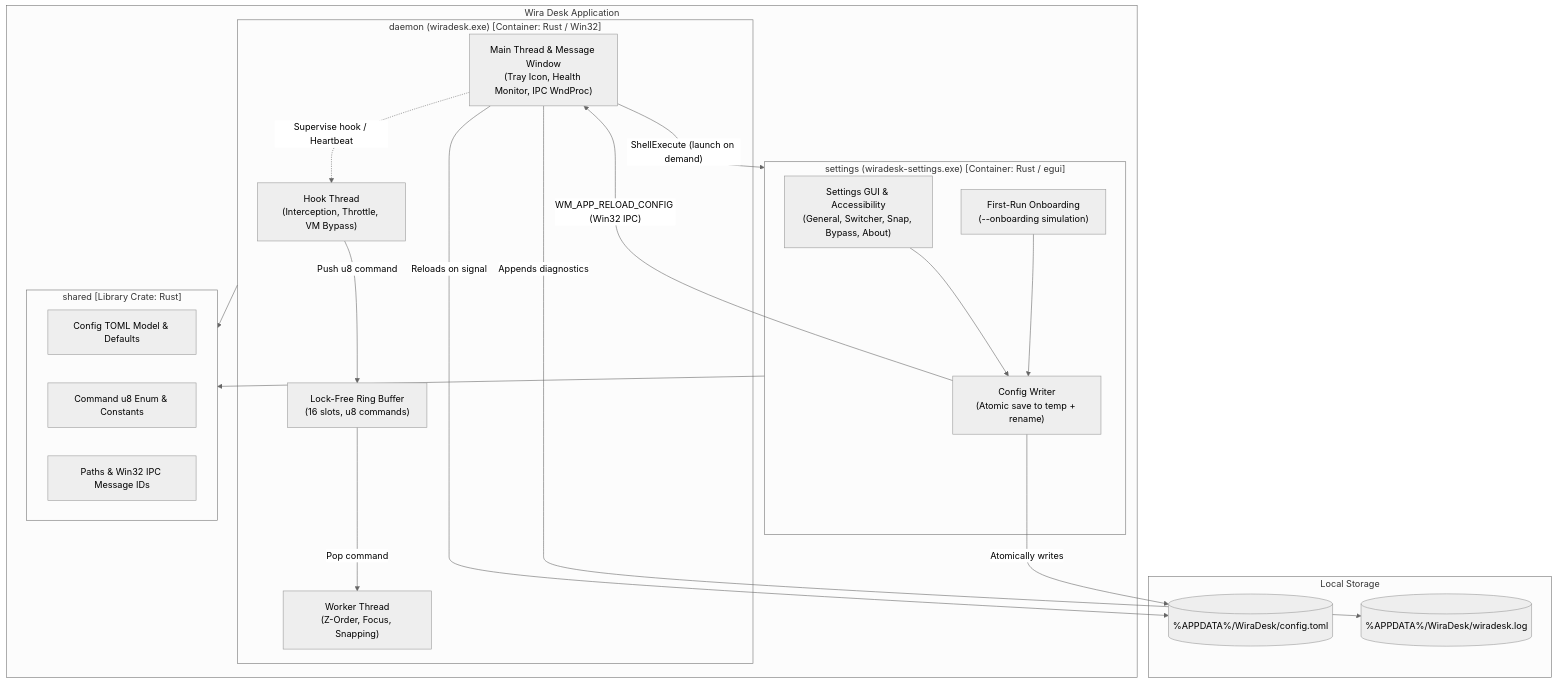
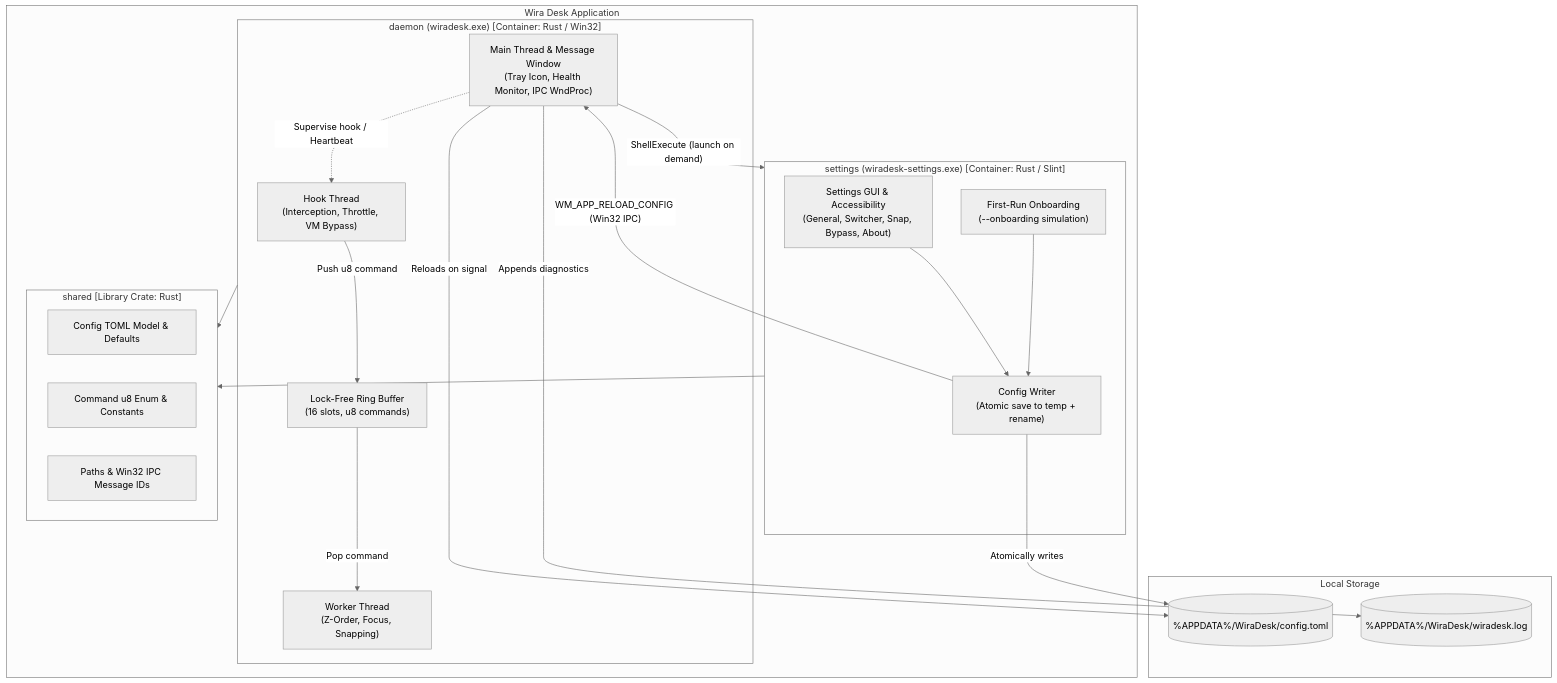
The diagram in .how/_platform/c4-l2-containers.md (wiradigitalid/wira-desk), drawn with Mermaid (neutral theme) before and after one commit. The commit also changed other lines of this file and 31 other files, not shown here.

````diff
--- a/.how/_platform/c4-l2-containers.md
+++ b/.how/_platform/c4-l2-containers.md
@@ -9,44 +9,44 @@
 ```mermaid
 graph TB
     subgraph WiraDeskApp["Wira Desk Application"]
         subgraph DaemonContainer["daemon (wiradesk.exe) [Container: Rust / Win32]"]
             HookThread["Hook Thread<br/>(Interception, Throttle, VM Bypass)"]
             RingBuf["Lock-Free Ring Buffer<br/>(16 slots, u8 commands)"]
             WorkerThread["Worker Thread<br/>(Z-Order, Focus, Snapping)"]
             MainThread["Main Thread & Message Window<br/>(Tray Icon, Health Monitor, IPC WndProc)"]
             
             HookThread -- "Push u8 command" --> RingBuf
             RingBuf -- "Pop command" --> WorkerThread
             MainThread -. "Supervise hook / Heartbeat" .-> HookThread
         end
 
-        subgraph SettingsContainer["settings (wiradesk-settings.exe) [Container: Rust / egui]"]
+        subgraph SettingsContainer["settings (wiradesk-settings.exe) [Container: Rust / Slint]"]
             SettingsUI["Settings GUI & Accessibility<br/>(General, Switcher, Snap, Bypass, About)"]
             OnboardingUI["First-Run Onboarding<br/>(--onboarding simulation)"]
             ConfigWriter["Config Writer<br/>(Atomic save to temp + rename)"]
             
             SettingsUI --> ConfigWriter
             OnboardingUI --> ConfigWriter
         end
 
         subgraph SharedCrate["shared [Library Crate: Rust]"]
             ConfigSchema["Config TOML Model & Defaults"]
             CommandEnum["Command u8 Enum & Constants"]
             PathConstants["Paths & Win32 IPC Message IDs"]
         end
     end
 
     subgraph FileSystem["Local Storage"]
         ConfigFile[("%APPDATA%/WiraDesk/config.toml")]
         LogFile[("%APPDATA%/WiraDesk/wiradesk.log")]
     end
 
     DaemonContainer --> SharedCrate
     SettingsContainer --> SharedCrate
 
     MainThread -- "ShellExecute (launch on demand)" --> SettingsContainer
     ConfigWriter -- "Atomically writes" --> ConfigFile
     ConfigWriter -- "WM_APP_RELOAD_CONFIG (Win32 IPC)" --> MainThread
     MainThread -- "Reloads on signal" --> ConfigFile
     MainThread -- "Appends diagnostics" --> LogFile
 ```
````
